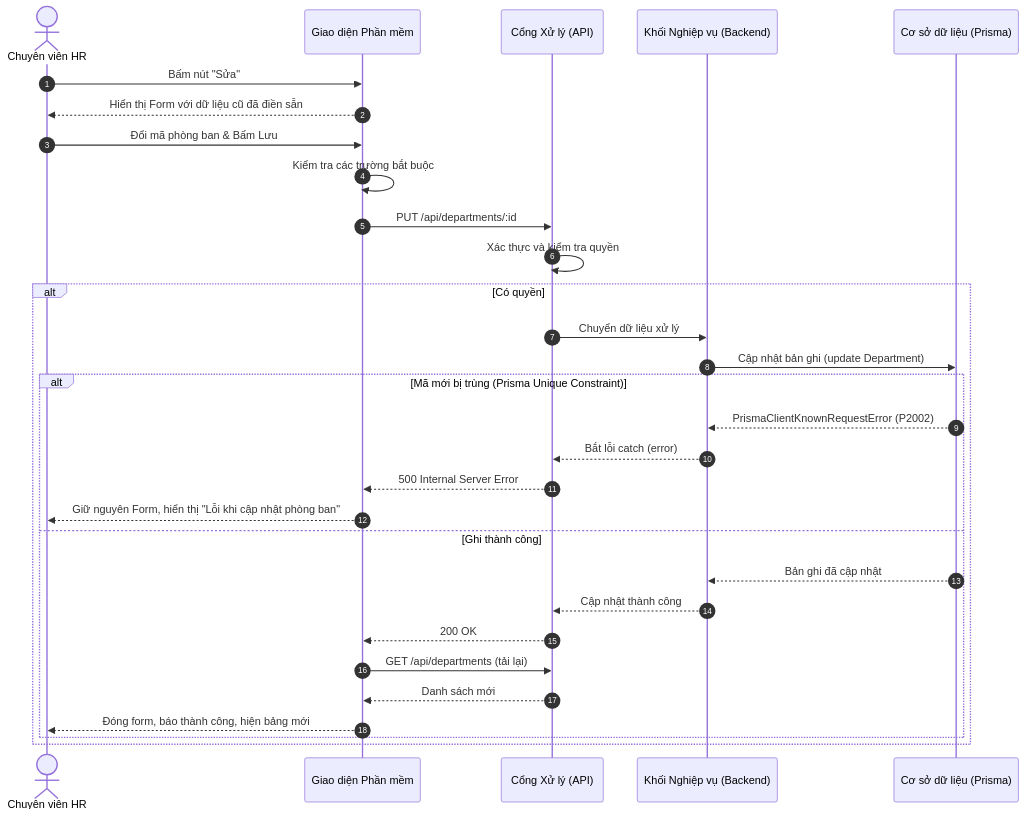
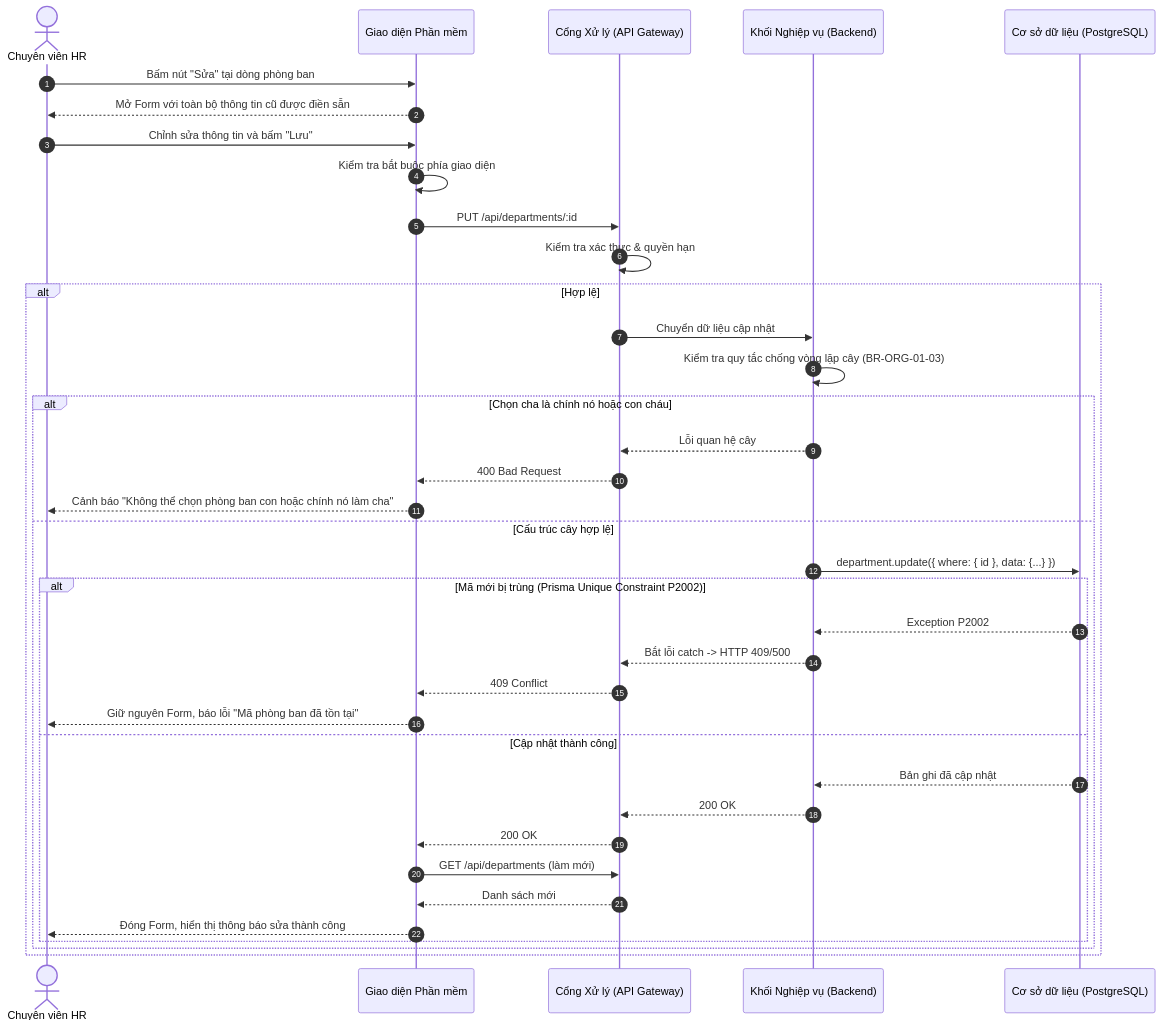
One commit to aye2710/HRM-DATN changed the seventh of 10 diagrams in docs/Tài liệu phân tích nghiệp vụ từng module/Module Tổ chức/Chuc-nang-Quan-ly-Phong-ban.md. Above: the diagram before and after it, drawn with Mermaid. The commit also changed other lines of this file and 27 other files, not shown here.

````diff
--- a/docs/Tài liệu phân tích nghiệp vụ từng module/Module Tổ chức/Chuc-nang-Quan-ly-Phong-ban.md
+++ b/docs/Tài liệu phân tích nghiệp vụ từng module/Module Tổ chức/Chuc-nang-Quan-ly-Phong-ban.md
@@ -136,36 +304,42 @@
 ```mermaid
 sequenceDiagram
     autonumber
     actor HR as Chuyên viên HR
     participant FE as Giao diện Phần mềm
-    participant API as Cổng Xử lý (API)
+    participant API as Cổng Xử lý (API Gateway)
     participant BE as Khối Nghiệp vụ (Backend)
-    participant DB as Cơ sở dữ liệu (Prisma)
+    participant DB as Cơ sở dữ liệu (PostgreSQL)
 
-    HR->>FE: Bấm nút "Sửa"
-    FE-->>HR: Hiển thị Form với dữ liệu cũ đã điền sẵn
+    HR->>FE: Bấm nút "Sửa" tại dòng phòng ban
+    FE-->>HR: Mở Form với toàn bộ thông tin cũ được điền sẵn
     
-    HR->>FE: Đổi mã phòng ban & Bấm Lưu
-    FE->>FE: Kiểm tra các trường bắt buộc
+    HR->>FE: Chỉnh sửa thông tin và bấm "Lưu"
+    FE->>FE: Kiểm tra bắt buộc phía giao diện
     FE->>API: PUT /api/departments/:id
     
-    API->>API: Xác thực và kiểm tra quyền
-    alt Có quyền
-        API->>BE: Chuyển dữ liệu xử lý
-        BE->>DB: Cập nhật bản ghi (update Department)
-        
-        alt Mã mới bị trùng (Prisma Unique Constraint)
-            DB-->>BE: PrismaClientKnownRequestError (P2002)
-            BE-->>API: Bắt lỗi catch (error)
-            API-->>FE: 500 Internal Server Error
-            FE-->>HR: Giữ nguyên Form, hiển thị "Lỗi khi cập nhật phòng ban"
-        else Ghi thành công
-            DB-->>BE: Bản ghi đã cập nhật
-            BE-->>API: Cập nhật thành công
-            API-->>FE: 200 OK
-            FE->>API: GET /api/departments (tải lại)
-            API-->>FE: Danh sách mới
-            FE-->>HR: Đóng form, báo thành công, hiện bảng mới
+    API->>API: Kiểm tra xác thực & quyền hạn
+    alt Hợp lệ
+        API->>BE: Chuyển dữ liệu cập nhật
+        BE->>BE: Kiểm tra quy tắc chống vòng lặp cây (BR-ORG-01-03)
+        alt Chọn cha là chính nó hoặc con cháu
+            BE-->>API: Lỗi quan hệ cây
+            API-->>FE: 400 Bad Request
+            FE-->>HR: Cảnh báo "Không thể chọn phòng ban con hoặc chính nó làm cha"
+        else Cấu trúc cây hợp lệ
+            BE->>DB: department.update({ where: { id }, data: {...} })
+            alt Mã mới bị trùng (Prisma Unique Constraint P2002)
+                DB-->>BE: Exception P2002
+                BE-->>API: Bắt lỗi catch -> HTTP 409/500
+                API-->>FE: 409 Conflict
+                FE-->>HR: Giữ nguyên Form, báo lỗi "Mã phòng ban đã tồn tại"
+            else Cập nhật thành công
+                DB-->>BE: Bản ghi đã cập nhật
+                BE-->>API: 200 OK
+                API-->>FE: 200 OK
+                FE->>API: GET /api/departments (làm mới)
+                API-->>FE: Danh sách mới
+                FE-->>HR: Đóng Form, hiển thị thông báo sửa thành công
+            end
         end
     end
 ```
````
